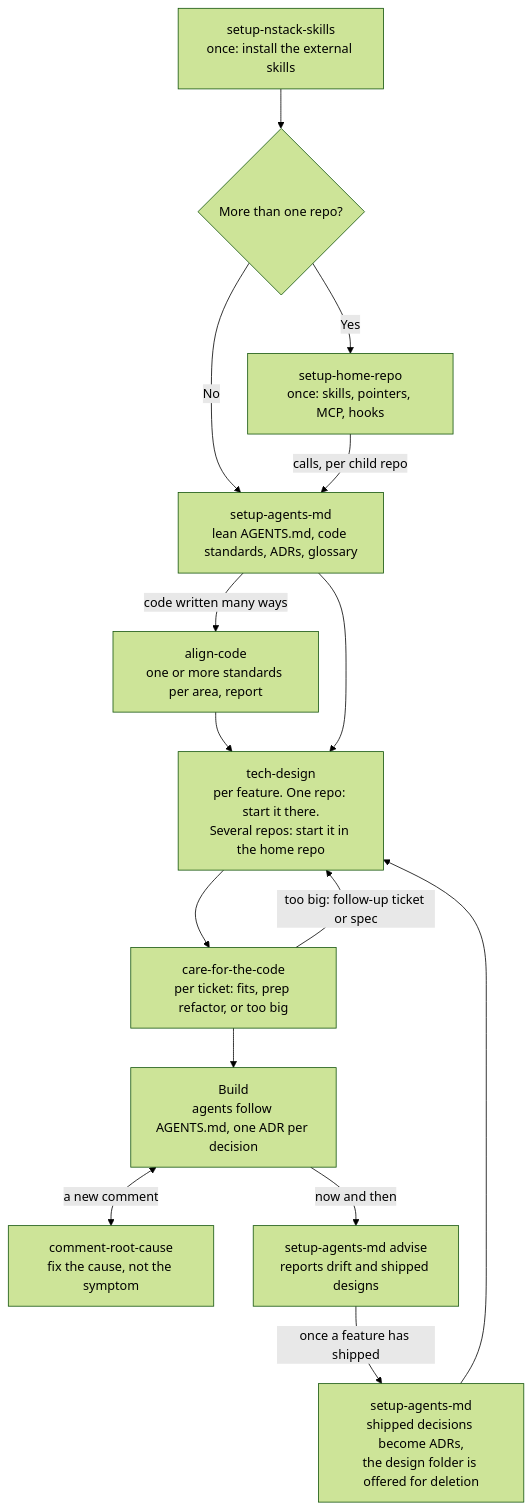
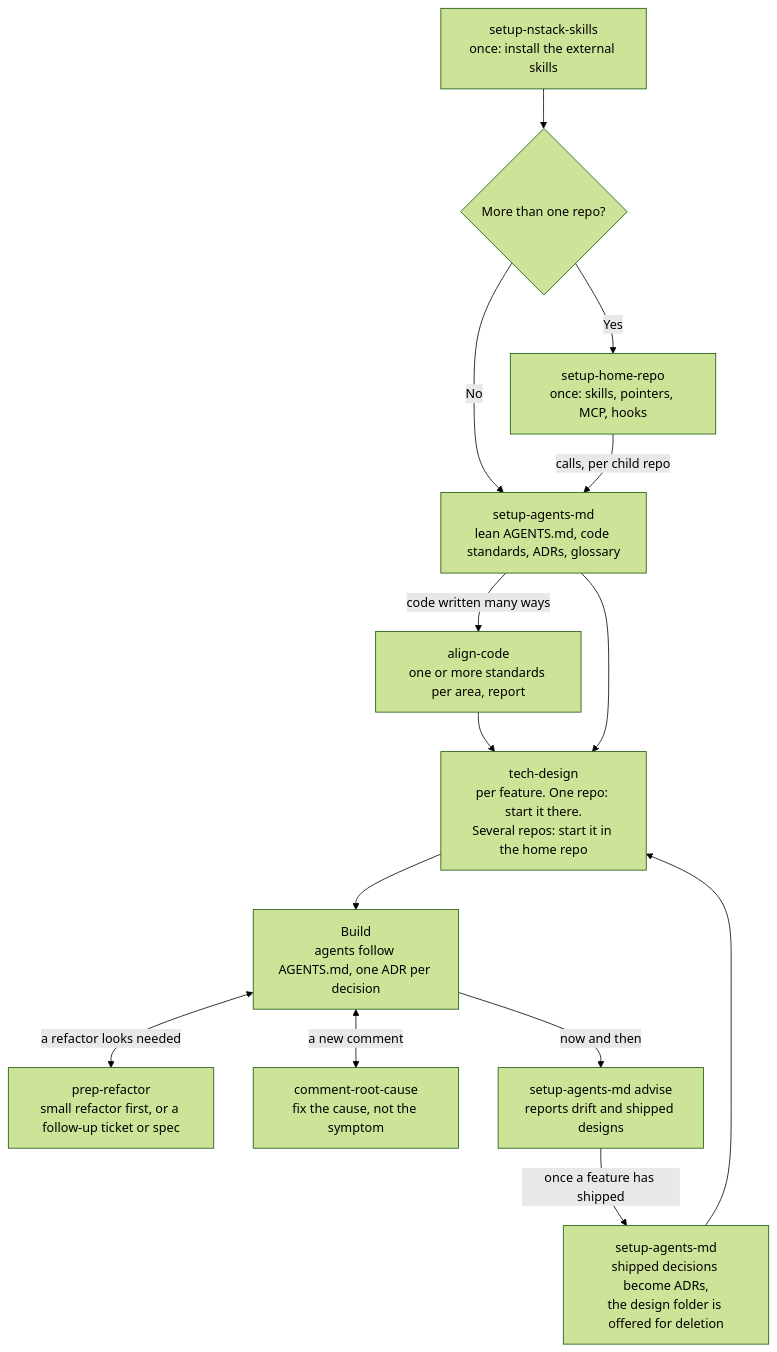
One commit to svennijhuis/nstack changed the diagram in README.md. Above: the diagram before and after it, drawn with Mermaid (forest theme). The commit also changed other lines of this file and 18 other files, not shown here.

First line of the commit message:
Rename care-for-the-code to prep-refactor, run it only when typed

````diff
--- a/README.md
+++ b/README.md
@@ -20,17 +20,16 @@
 ```mermaid
 flowchart TD
     A[setup-nstack-skills<br/>once: install the external skills] --> B{More than one repo?}
     B -->|Yes| C[setup-home-repo<br/>once: skills, pointers, MCP, hooks]
     B -->|No| D
     C -->|calls, per child repo| D[setup-agents-md<br/>lean AGENTS.md, code standards, ADRs, glossary]
     D -->|code written many ways| I[align-code<br/>one or more standards per area, report]
     I --> E
     D --> E[tech-design<br/>per feature. One repo: start it there.<br/>Several repos: start it in the home repo]
-    E --> T[care-for-the-code<br/>per ticket: fits, prep refactor, or too big]
-    T -->|too big: follow-up ticket or spec| E
-    T --> F[Build<br/>agents follow AGENTS.md, one ADR per decision]
+    E --> F[Build<br/>agents follow AGENTS.md, one ADR per decision]
+    F <-->|a refactor looks needed| P[prep-refactor<br/>small refactor first, or a follow-up ticket or spec]
     F <-->|a new comment| R[comment-root-cause<br/>fix the cause, not the symptom]
     F -->|now and then| G[setup-agents-md advise<br/>reports drift and shipped designs]
     G -->|once a feature has shipped| H[setup-agents-md<br/>shipped decisions become ADRs,<br/>the design folder is offered for deletion]
     H --> E
 ```
````
